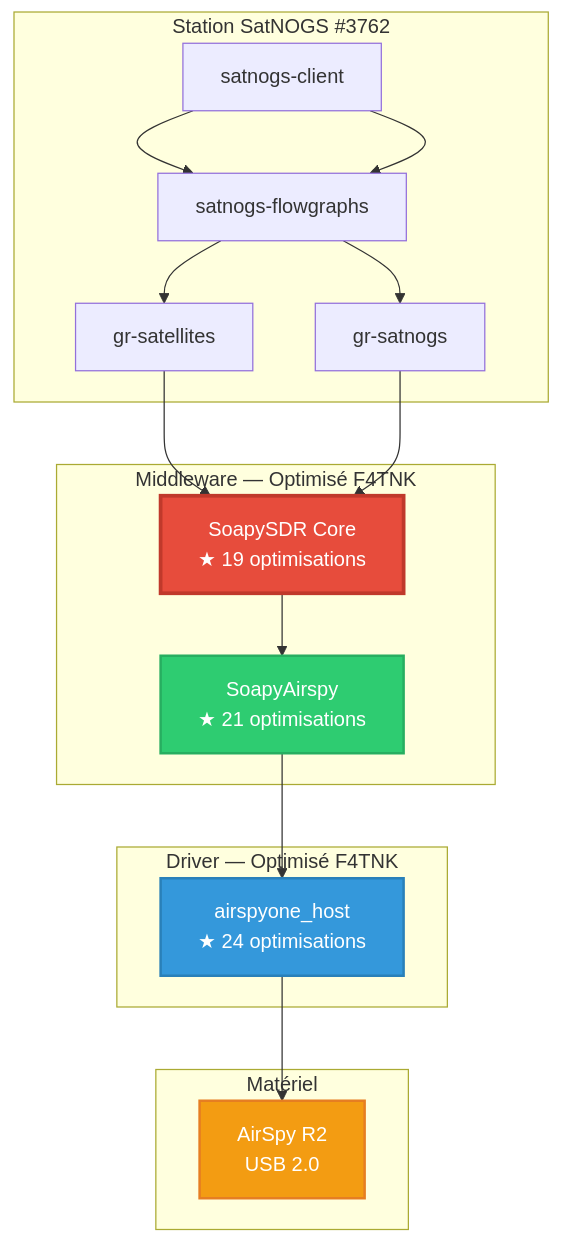
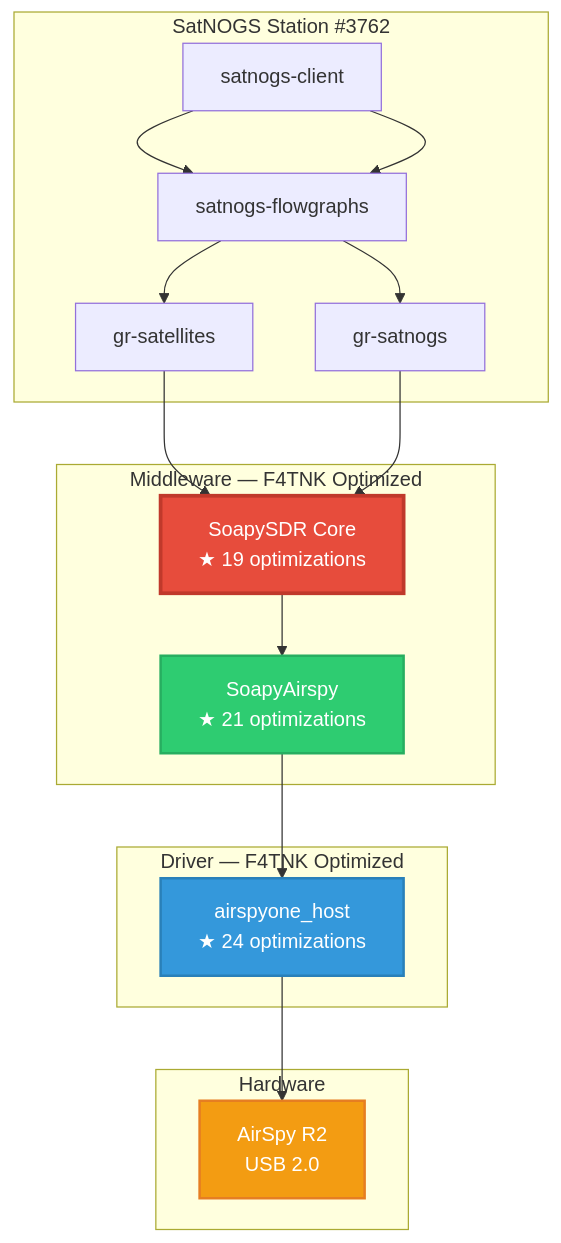
One commit to f4tnk/SoapySDR changed the sixth of 6 diagrams in OPTIMIZATIONS-F4TNK.md. Above: the diagram before and after it, drawn with Mermaid. The commit also changed other lines of this file, not shown here.

Commit message:
docs: translate OPTIMIZATIONS-F4TNK.md to English

````diff
--- a/OPTIMIZATIONS-F4TNK.md
+++ b/OPTIMIZATIONS-F4TNK.md
@@ -318,35 +318,35 @@
 ```mermaid
 graph TB
-    subgraph "Station SatNOGS #3762"
+    subgraph "SatNOGS Station #3762"
         SAT["satnogs-client"]
         FG["satnogs-flowgraphs"]
         GRS["gr-satellites"]
         GRSAT["gr-satnogs"]
     end
 
-    subgraph "Middleware — Optimisé F4TNK"
-        SOAPY["SoapySDR Core<br/>★ 19 optimisations"]
-        WRAP["SoapyAirspy<br/>★ 21 optimisations"]
+    subgraph "Middleware — F4TNK Optimized"
+        SOAPY["SoapySDR Core<br/>★ 19 optimizations"]
+        WRAP["SoapyAirspy<br/>★ 21 optimizations"]
     end
 
-    subgraph "Driver — Optimisé F4TNK"
-        AIRSPY["airspyone_host<br/>★ 24 optimisations"]
+    subgraph "Driver — F4TNK Optimized"
+        AIRSPY["airspyone_host<br/>★ 24 optimizations"]
     end
 
-    subgraph "Matériel"
+    subgraph "Hardware"
         HW["AirSpy R2<br/>USB 2.0"]
     end
 
     SAT --> FG --> GRS
     SAT --> FG --> GRSAT
     GRS --> SOAPY
     GRSAT --> SOAPY
     SOAPY --> WRAP
     WRAP --> AIRSPY
     AIRSPY --> HW
 
     style SOAPY fill:#e74c3c,color:#fff,stroke:#c0392b,stroke-width:3px
     style WRAP fill:#2ecc71,color:#fff,stroke:#27ae60,stroke-width:2px
     style AIRSPY fill:#3498db,color:#fff,stroke:#2980b9,stroke-width:2px
     style HW fill:#f39c12,color:#fff,stroke:#e67e22,stroke-width:2px
 ```
````
